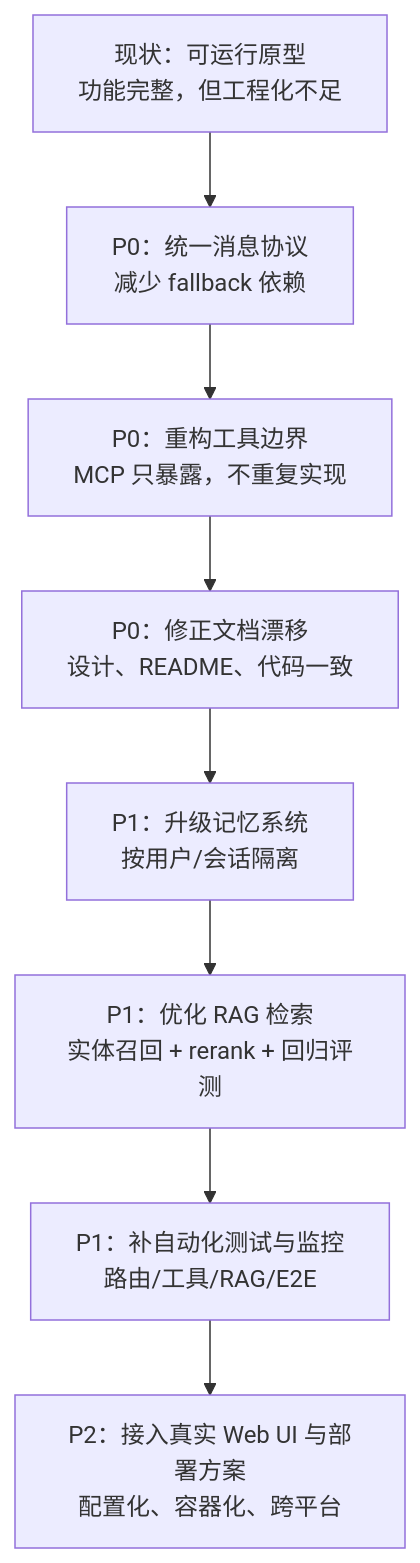
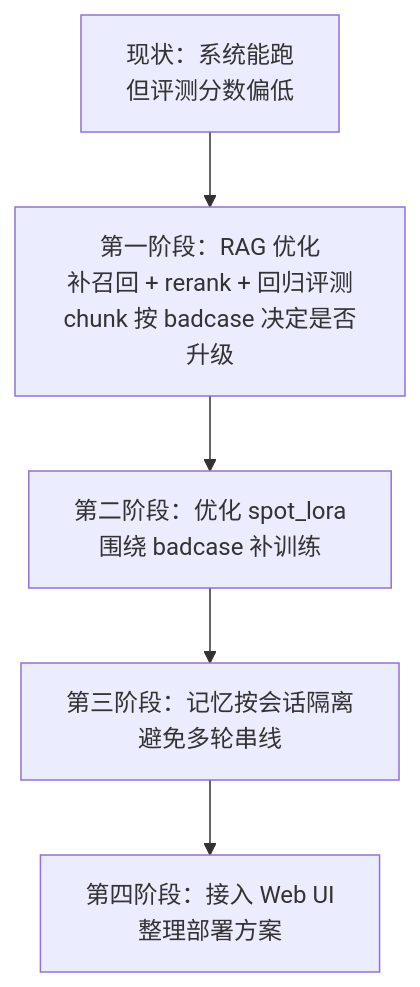
The first of 2 diagrams in docs/项目不足与优化路线图.md (beautyarbutin/agent_travel), drawn with Mermaid before and after one commit. The commit also changed other lines of this file, not shown here.

Commit message:
docs: refine roadmap priorities

````diff
--- a/docs/项目不足与优化路线图.md
+++ b/docs/项目不足与优化路线图.md
@@ -69,13 +76,10 @@
 ```mermaid
 flowchart TD
-    A["现状：可运行原型<br/>功能完整，但工程化不足"]
-    B["P0：统一消息协议<br/>减少 fallback 依赖"]
-    C["P0：重构工具边界<br/>MCP 只暴露，不重复实现"]
-    D["P0：修正文档漂移<br/>设计、README、代码一致"]
-    E["P1：升级记忆系统<br/>按用户/会话隔离"]
-    F["P1：优化 RAG 检索<br/>实体召回 + rerank + 回归评测"]
-    G["P1：补自动化测试与监控<br/>路由/工具/RAG/E2E"]
-    H["P2：接入真实 Web UI 与部署方案<br/>配置化、容器化、跨平台"]
+    A["现状：系统能跑<br/>但评测分数偏低"]
+    B["第一阶段：RAG 优化<br/>补召回 + rerank + 回归评测<br/>chunk 按 badcase 决定是否升级"]
+    C["第二阶段：优化 spot_lora<br/>围绕 badcase 补训练"]
+    D["第三阶段：记忆按会话隔离<br/>避免多轮串线"]
+    E["第四阶段：接入 Web UI<br/>整理部署方案"]
 
-    A --> B --> C --> D --> E --> F --> G --> H
+    A --> B --> C --> D --> E
 ```
````
